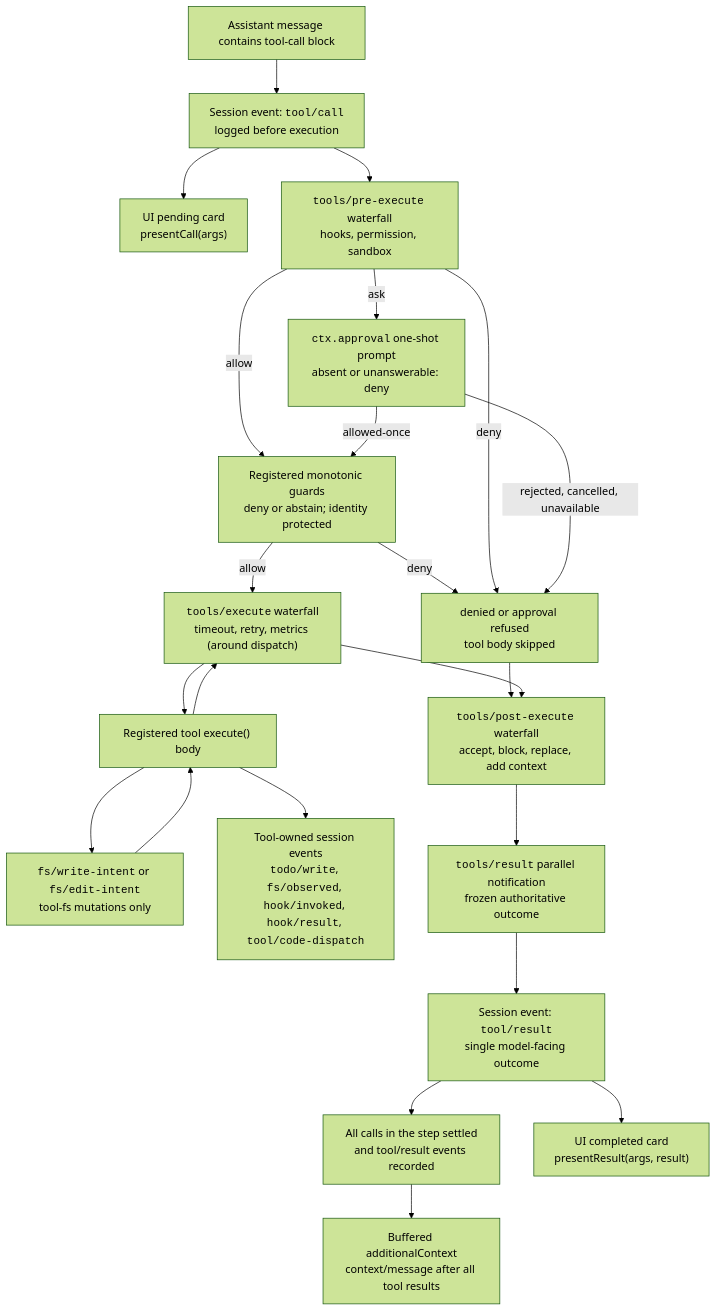
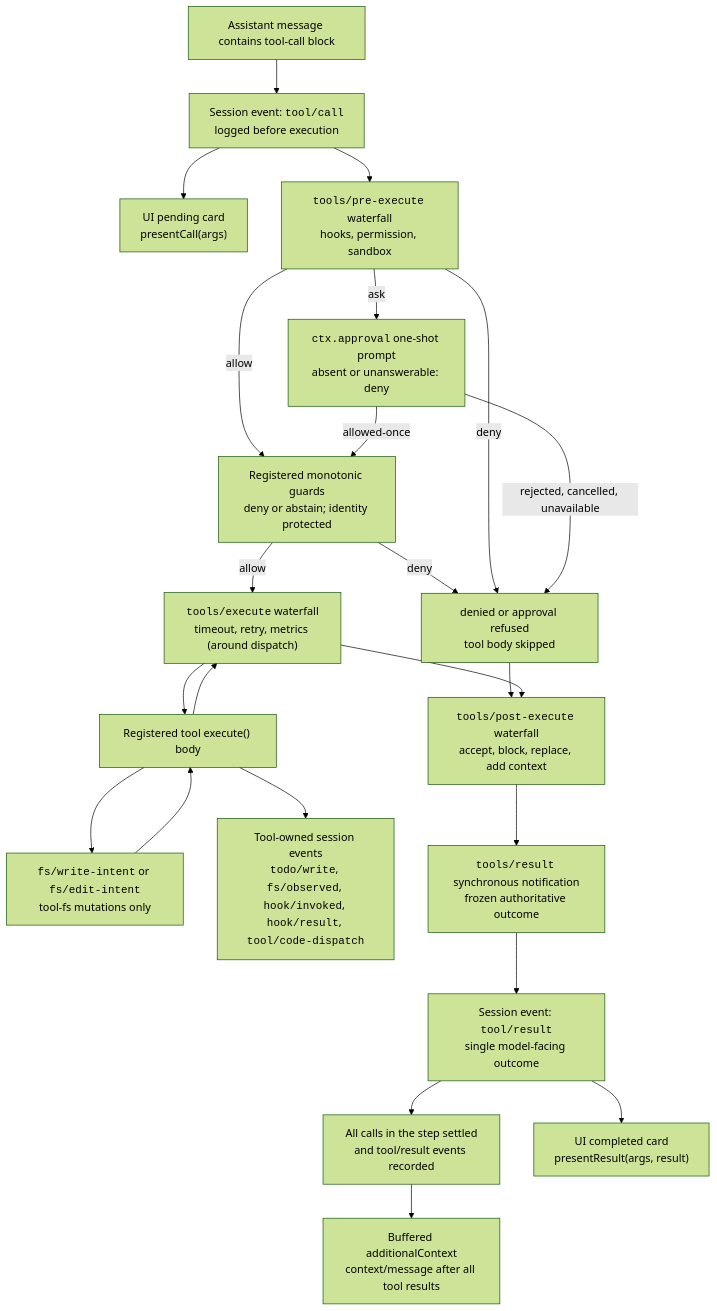
The diagram in docs/tool-execution-pipeline.md (007M7/DeepCode), drawn with Mermaid (forest theme) before and after one commit. The commit also changed other lines of this file and 32 other files, not shown here.

````diff
--- a/docs/tool-execution-pipeline.md
+++ b/docs/tool-execution-pipeline.md
@@ -8,42 +8,42 @@
 ```mermaid
 flowchart TD
   model["Assistant message contains tool-call block"]
   toolCall["Session event: <code>tool/call</code><br/>logged before execution"]
   presentCall["UI pending card<br/>presentCall(args)"]
   pre["<code>tools/pre-execute</code> waterfall<br/>hooks, permission, sandbox"]
   guards["Registered monotonic guards<br/>deny or abstain; identity protected"]
   denied["denied or approval refused<br/>tool body skipped"]
   approval["<code>ctx.approval</code> one-shot prompt<br/>absent or unanswerable: deny"]
   around["<code>tools/execute</code> waterfall<br/>timeout, retry, metrics (around dispatch)"]
   toolBody["Registered tool execute() body"]
   fsGate["<code>fs/write-intent</code> or <code>fs/edit-intent</code><br/>tool-fs mutations only"]
   owned["Tool-owned session events<br/><code>todo/write</code>, <code>fs/observed</code>, <code>hook/invoked</code>, <code>hook/result</code>, <code>tool/code-dispatch</code>"]
   post["<code>tools/post-execute</code> waterfall<br/>accept, block, replace, add context"]
-  final["<code>tools/result</code> parallel notification<br/>frozen authoritative outcome"]
+  final["<code>tools/result</code> synchronous notification<br/>frozen authoritative outcome"]
   context["Buffered additionalContext<br/>context/message after all tool results"]
   toolResult["Session event: <code>tool/result</code><br/>single model-facing outcome"]
   allResults["All calls in the step settled<br/>and tool/result events recorded"]
   presentResult["UI completed card<br/>presentResult(args, result)"]
   model --> toolCall
   toolCall --> presentCall
   toolCall --> pre
   pre -->|allow| guards
   guards -->|allow| around
   guards -->|deny| denied
   around --> toolBody
   pre -->|deny| denied
   pre -->|ask| approval
   approval -->|allowed-once| guards
   approval -->|rejected, cancelled, unavailable| denied
   denied --> post
   toolBody --> fsGate
   fsGate --> toolBody
   toolBody --> owned
   toolBody --> around
   around --> post
   post --> final
   final --> toolResult
   toolResult --> presentResult
   toolResult --> allResults
   allResults --> context
 ```
````
